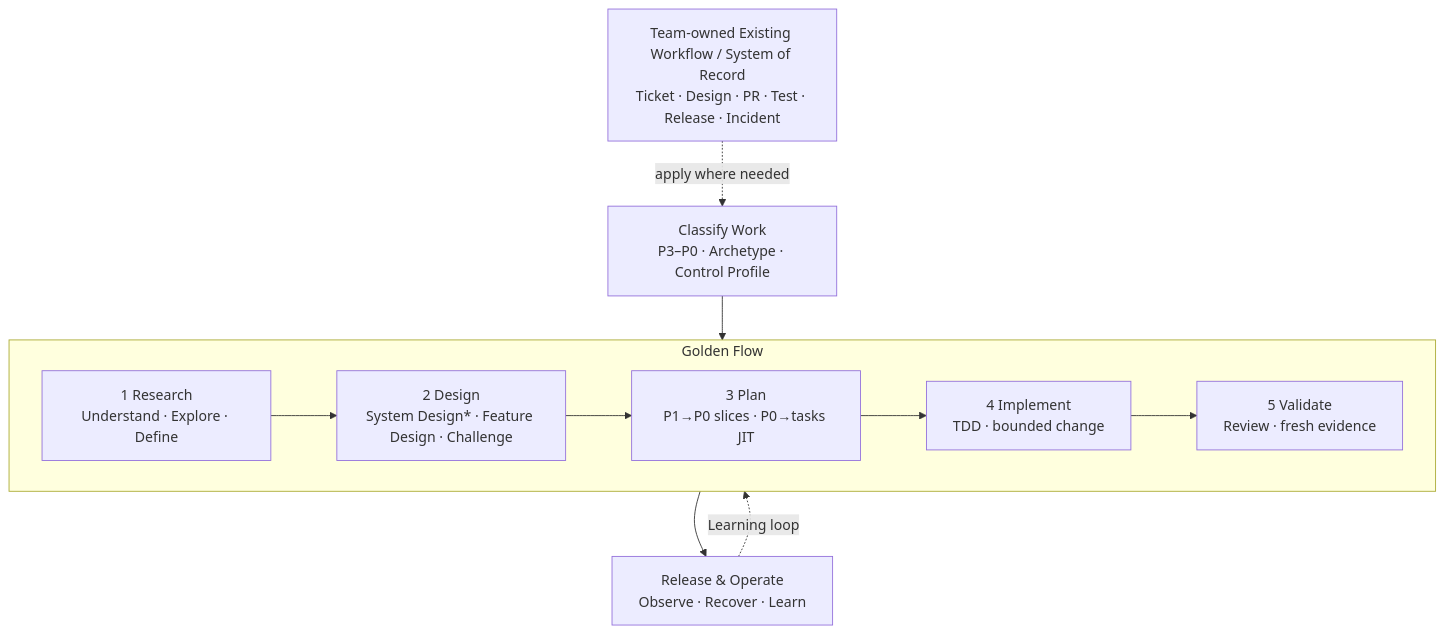
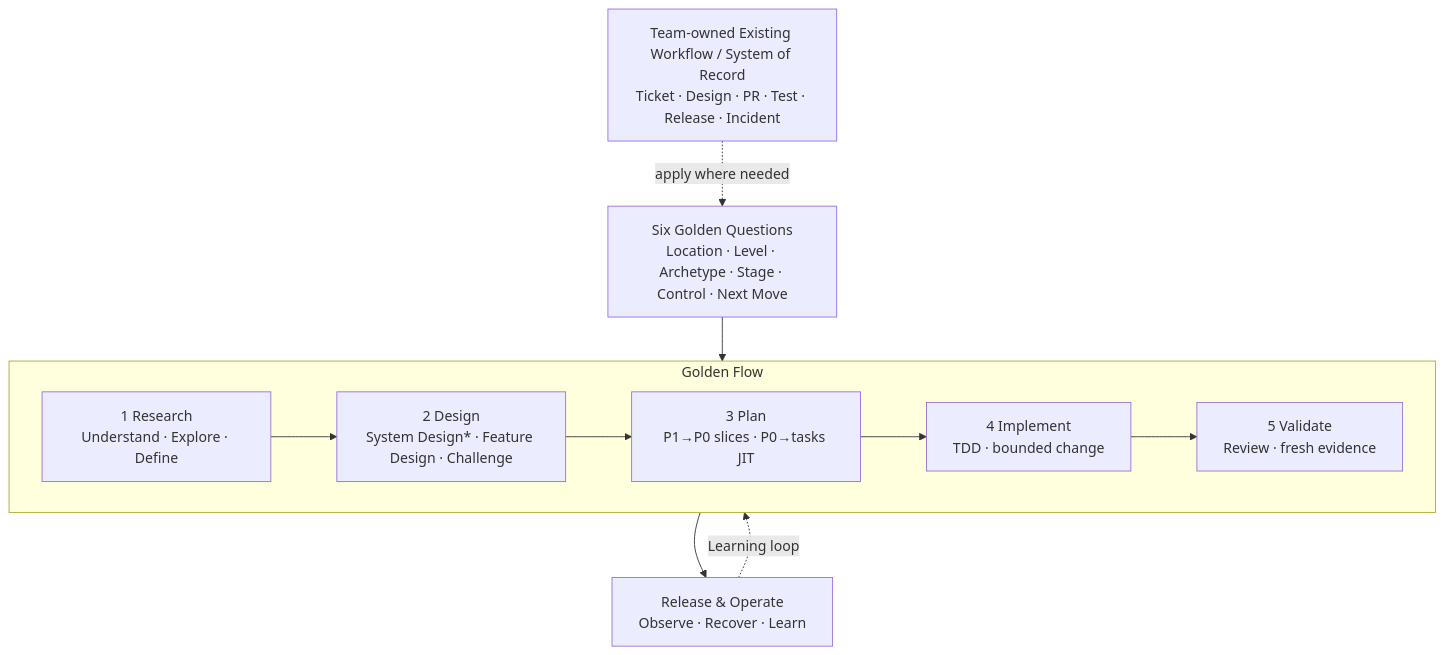
One commit to yschiang/ai_engineering changed the diagram in diagrams/04_Framework_Overview.md. Above: the diagram before and after it, drawn with Mermaid. The commit also changed other lines of this file and 4 other files, not shown here.

````diff
--- a/diagrams/04_Framework_Overview.md
+++ b/diagrams/04_Framework_Overview.md
@@ -16,13 +16,13 @@
 ```mermaid
 flowchart TB
   W["Team-owned Existing Workflow / System of Record\nTicket · Design · PR · Test · Release · Incident"]
-  C["Classify Work\nP3–P0 · Archetype · Control Profile"]
+  C["Six Golden Questions\nLocation · Level · Archetype · Stage · Control · Next Move"]
   subgraph F["Golden Flow"]
     direction LR
     R["1 Research\nUnderstand · Explore · Define"] --> D["2 Design\nSystem Design* · Feature Design · Challenge"] --> P["3 Plan\nP1→P0 slices · P0→tasks JIT"] --> I["4 Implement\nTDD · bounded change"] --> V["5 Validate\nReview · fresh evidence"]
   end
   W -. "apply where needed" .-> C
   C --> R
   V --> O["Release & Operate\nObserve · Recover · Learn"]
   O -. "Learning loop" .-> R
 ```
````
